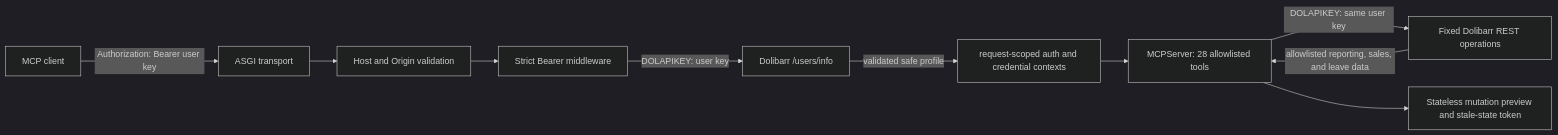
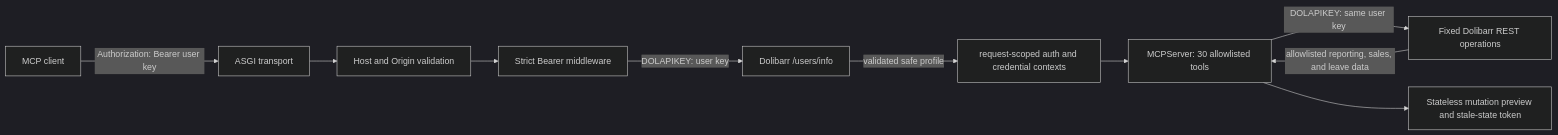
One commit to TestMasterAmberteam/dolibarr-mcp-server changed the diagram in README.md. Above: the diagram before and after it, drawn with Mermaid (dark theme). The commit also changed other lines of this file and 30 other files, not shown here.

````diff
--- a/README.md
+++ b/README.md
@@ -31,12 +31,12 @@
 ```mermaid
 flowchart LR
     C[MCP client] -->|Authorization: Bearer user key| A[ASGI transport]
     A --> H[Host and Origin validation]
     H --> B[Strict Bearer middleware]
     B -->|DOLAPIKEY: user key| D[Dolibarr /users/info]
     D -->|validated safe profile| X[request-scoped auth and credential contexts]
-    X --> M[MCPServer: 28 allowlisted tools]
+    X --> M[MCPServer: 30 allowlisted tools]
     M -->|DOLAPIKEY: same user key| R[Fixed Dolibarr REST operations]
     R -->|allowlisted reporting, sales, and leave data| M
     M --> P[Stateless mutation preview and stale-state token]
 ```
````
